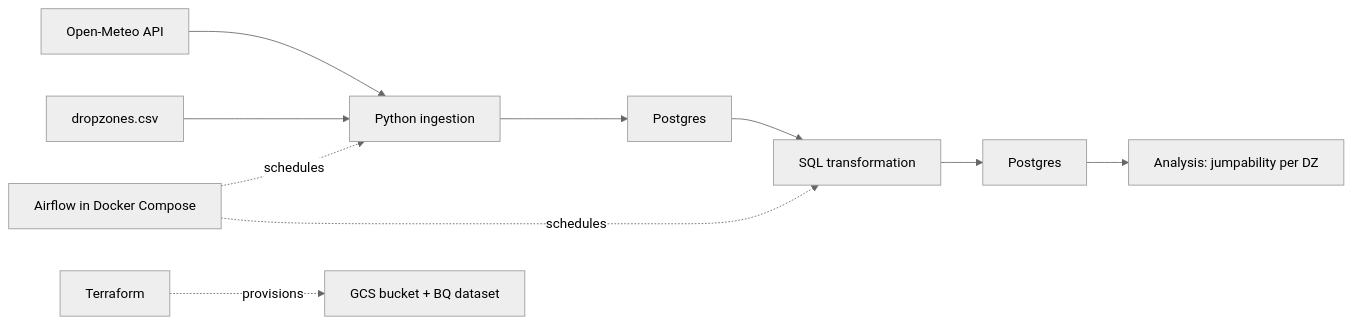
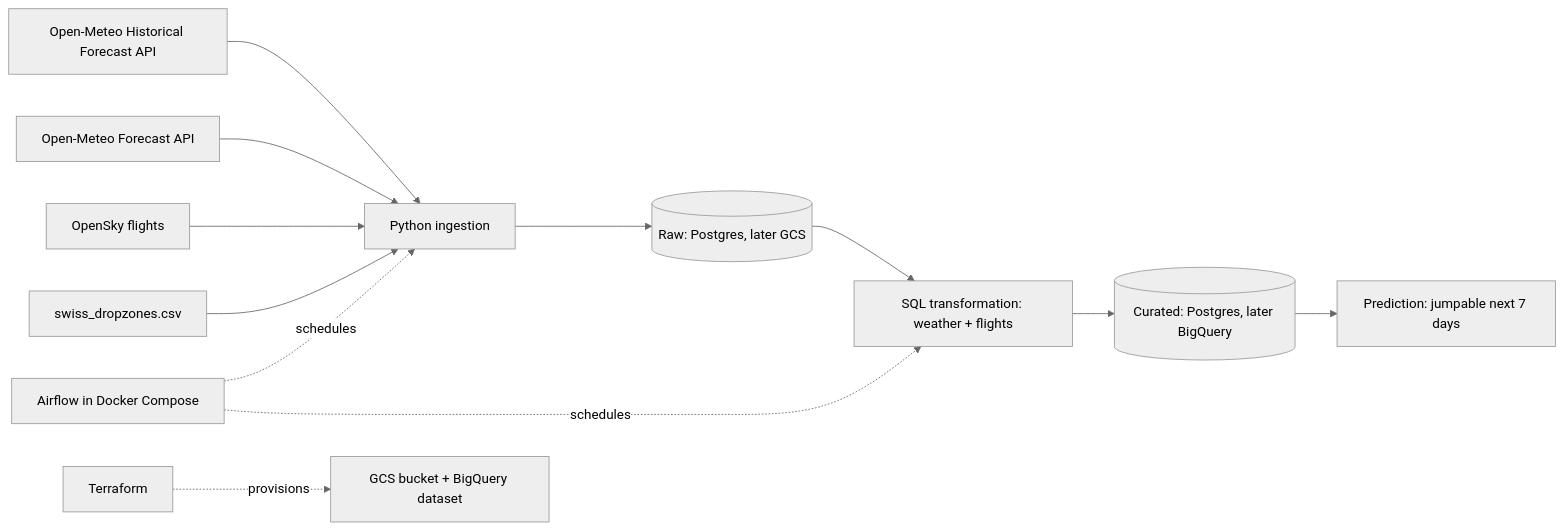
The diagram in docs/architecture.md (NiClerici/deng-hs26-skydive), drawn with Mermaid (neutral theme) before and after one commit. The commit also changed other lines of this file and 2 other files, not shown here.

Commit message:
Complete pitch docs: architecture v0.1, backlog, risks

````diff
--- a/docs/architecture.md
+++ b/docs/architecture.md
@@ -3,12 +3,14 @@
 ```mermaid
 flowchart LR
-    API[Open-Meteo API] --> ING[Python ingestion]
-    SEED[dropzones.csv] --> ING
-    ING --> RAW[Postgres]
-    RAW --> TRF[SQL transformation]
-    TRF --> CUR[Postgres]
-    CUR --> USE[Analysis: jumpability per DZ]
+    HW[Open-Meteo Historical Forecast API] --> ING[Python ingestion]
+    FC[Open-Meteo Forecast API] --> ING
+    OS[OpenSky flights] --> ING
+    SEED[swiss_dropzones.csv] --> ING
+    ING --> RAW[(Raw: Postgres, later GCS)]
+    RAW --> TRF[SQL transformation: weather + flights]
+    TRF --> CUR[(Curated: Postgres, later BigQuery)]
+    CUR --> MOD[Prediction: jumpable next 7 days]
     AF[Airflow in Docker Compose] -.schedules.-> ING
     AF -.schedules.-> TRF
-    TF[Terraform] -.provisions.-> GCP[GCS bucket + BQ dataset]
+    TF[Terraform] -.provisions.-> CLOUD[GCS bucket + BigQuery dataset]
 ```
````
